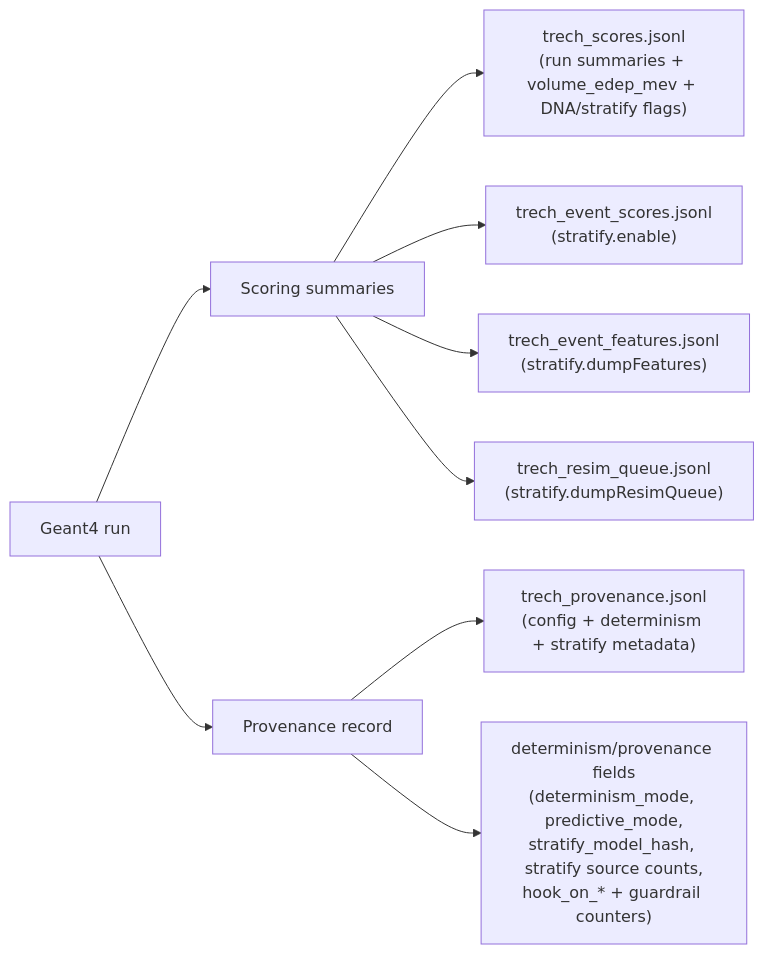
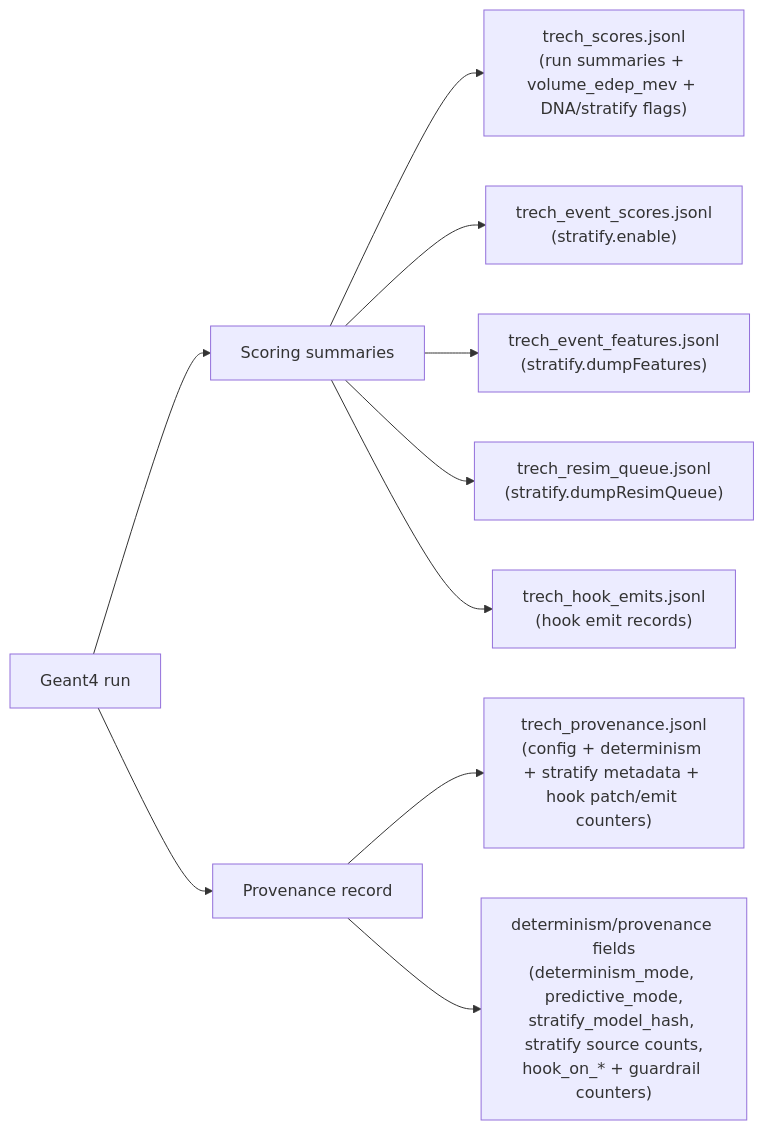
Before and after one commit to Geckos-Ink/trech: the fourth of 8 diagrams in CHARTS.md, drawn with Mermaid. The commit also changed other lines of this file and 19 other files, not shown here.

````diff
--- a/CHARTS.md
+++ b/CHARTS.md
@@ -93,11 +96,12 @@
 ```mermaid
 flowchart LR
   RUN["Geant4 run"] --> SCORING["Scoring summaries"]
   RUN --> PROV["Provenance record"]
   SCORING --> S1["trech_scores.jsonl\n(run summaries + volume_edep_mev + DNA/stratify flags)"]
   SCORING --> S2["trech_event_scores.jsonl\n(stratify.enable)"]
   SCORING --> S3["trech_event_features.jsonl\n(stratify.dumpFeatures)"]
   SCORING --> S4["trech_resim_queue.jsonl\n(stratify.dumpResimQueue)"]
-  PROV --> P1["trech_provenance.jsonl\n(config + determinism + stratify metadata)"]
+  SCORING --> S5["trech_hook_emits.jsonl\n(hook emit records)"]
+  PROV --> P1["trech_provenance.jsonl\n(config + determinism + stratify metadata + hook patch/emit counters)"]
   PROV --> P2["determinism/provenance fields\n(determinism_mode, predictive_mode,\nstratify_model_hash, stratify source counts,\nhook_on_* + guardrail counters)"]
 ```
````
